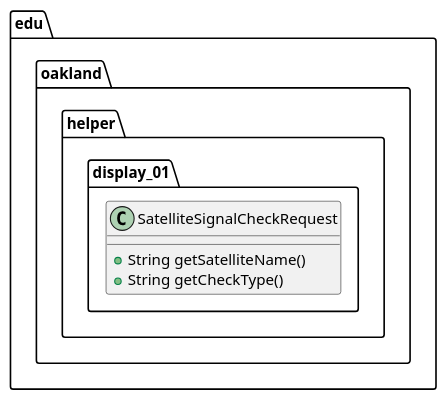
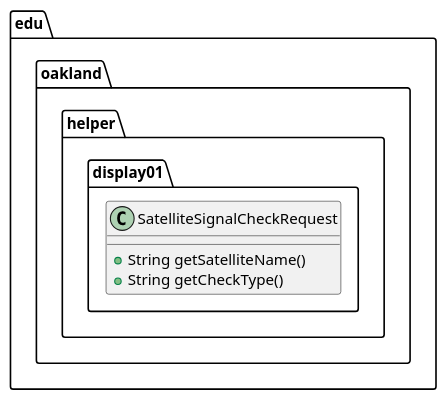
One commit to andrewdimmer/csi-3370-software-project changed the diagram in docs/uml-class-diagrams/display01/helper/SatelliteSignalCheckRequest/SatelliteSignalCheckRequest.puml. Above: the diagram before and after it, drawn with PlantUML. The commit also changed 1 other file, not shown here.

Commit message:
[Display_01] Fixed Package for SatelliteSignalCheckRequest Class UML

```diff
--- a/docs/uml-class-diagrams/display01/helper/SatelliteSignalCheckRequest/SatelliteSignalCheckRequest.puml
+++ b/docs/uml-class-diagrams/display01/helper/SatelliteSignalCheckRequest/SatelliteSignalCheckRequest.puml
@@ -1,10 +1,10 @@
 @startuml SatelliteSignalCheckRequest
 
-package edu.oakland.helper.display_01 {
+package edu.oakland.helper.display01 {
     class SatelliteSignalCheckRequest {
         + String getSatelliteName()
         + String getCheckType()
     }
 }
 
 @enduml
```
